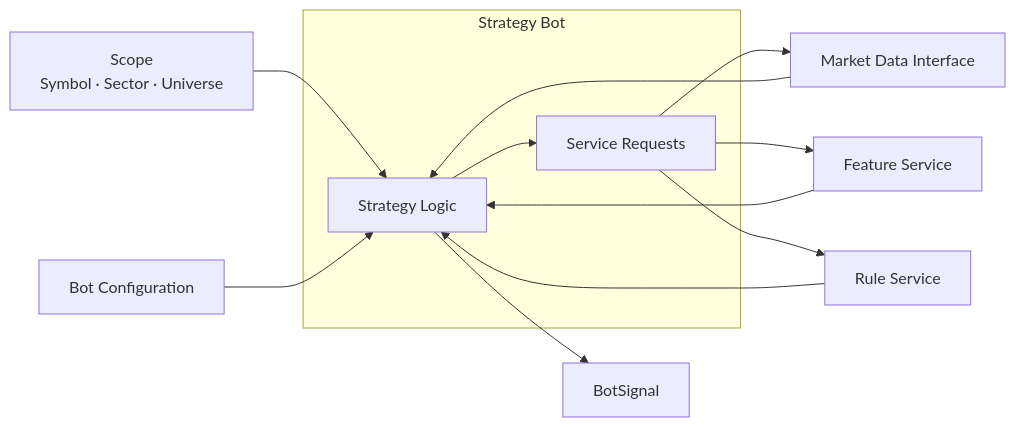
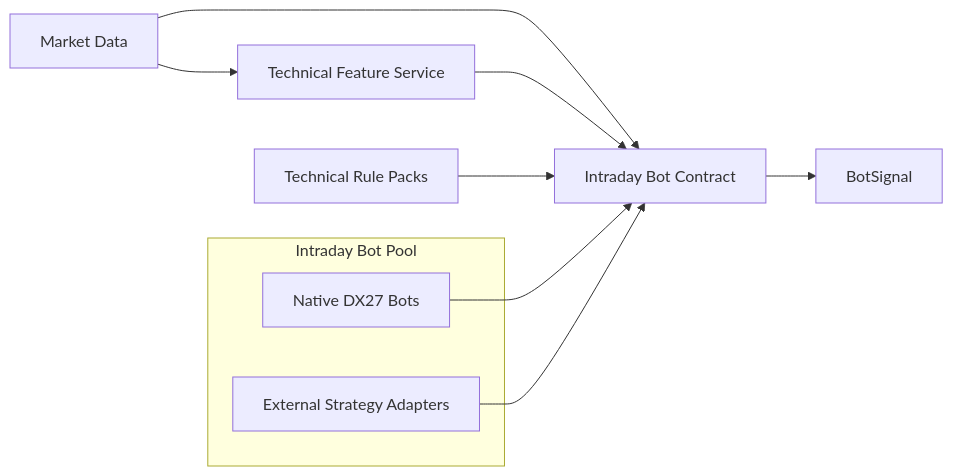
Before and after one commit to Daxoniel/DX27-Trading-Engine: the third of 12 diagrams in docs/architecture/system-overview.md, drawn with Mermaid. The commit also changed other lines of this file and 48 other files, not shown here.

````diff
--- a/docs/architecture/system-overview.md
+++ b/docs/architecture/system-overview.md
@@ -81,33 +163,29 @@
 ```mermaid
 flowchart LR
 
-    Scope["Scope<br/>Symbol · Sector · Universe"]
-    Config["Bot Configuration"]
+    Market["Market Data"]
 
-    subgraph Bot["Strategy Bot"]
-        Logic["Strategy Logic"]
-        Request["Service Requests"]
+    Features["Technical Feature Service"]
+
+    Rules["Technical Rule Packs"]
+
+    subgraph Bots["Intraday Bot Pool"]
+        Native["Native DX27 Bots"]
+        External["External Strategy Adapters"]
     end
 
-    Features["Feature Service"]
-    Rules["Rule Service"]
-    Market["Market Data Interface"]
+    Contract["Intraday Bot Contract"]
 
     Signal["BotSignal"]
 
-    Scope --> Logic
-    Config --> Logic
+    Market --> Features
+    Market --> Contract
 
-    Logic --> Request
+    Features --> Contract
+    Rules --> Contract
 
-    Request --> Market
-    Market --> Logic
+    Native --> Contract
+    External --> Contract
 
-    Request --> Features
-    Features --> Logic
-
-    Request --> Rules
-    Rules --> Logic
-
-    Logic --> Signal
+    Contract --> Signal
 ```
````
